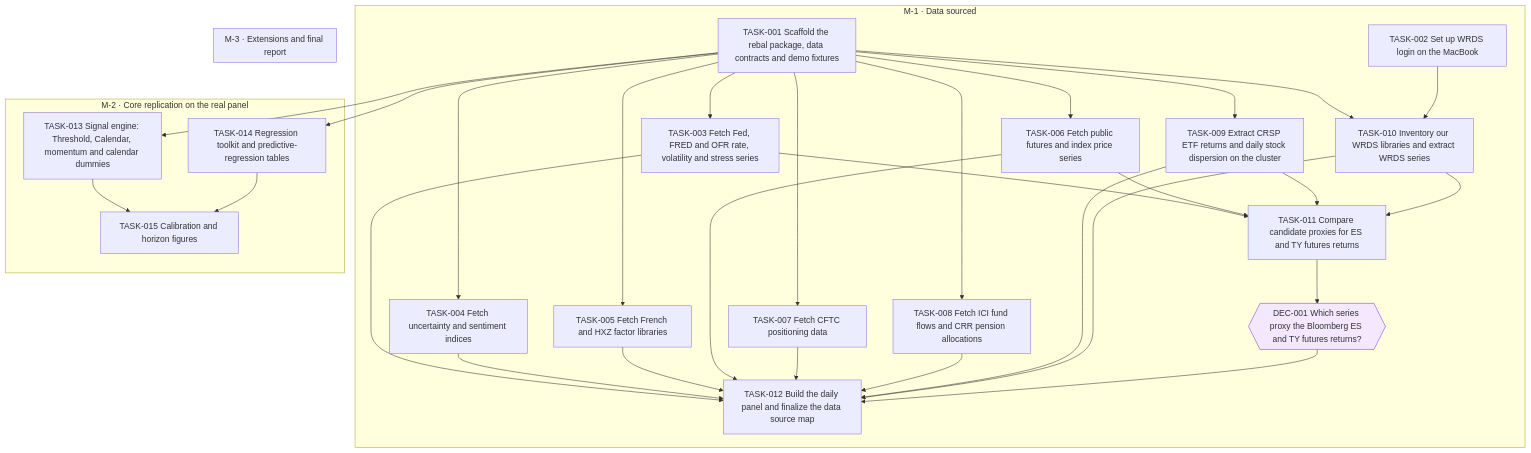
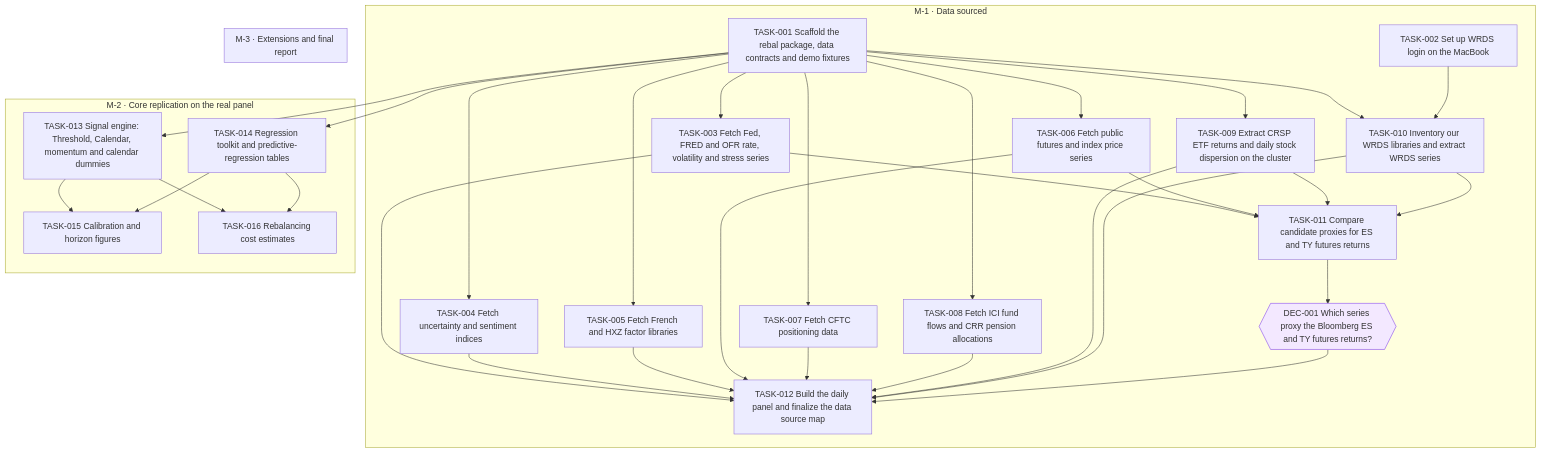
The diagram in goals/hmm-rebalancing/README.md (jesusvillota/replicate), drawn with Mermaid before and after one commit. The commit also changed 1 other file, not shown here.

Commit message:
goal(hmm-rebalancing): add TASK-016 Rebalancing cost estimates

````diff
--- a/goals/hmm-rebalancing/README.md
+++ b/goals/hmm-rebalancing/README.md
@@ -126,56 +126,59 @@
 ```mermaid
 flowchart TD
   subgraph M_1["M-1 · Data sourced"]
     DEC_001{{"DEC-001 Which series proxy the Bloomberg ES and TY futures returns?"}}
     TASK_001["TASK-001 Scaffold the rebal package, data contracts and demo fixtures"]
     TASK_002["TASK-002 Set up WRDS login on the MacBook"]
     TASK_003["TASK-003 Fetch Fed, FRED and OFR rate, volatility and stress series"]
     TASK_004["TASK-004 Fetch uncertainty and sentiment indices"]
     TASK_005["TASK-005 Fetch French and HXZ factor libraries"]
     TASK_006["TASK-006 Fetch public futures and index price series"]
     TASK_007["TASK-007 Fetch CFTC positioning data"]
     TASK_008["TASK-008 Fetch ICI fund flows and CRR pension allocations"]
     TASK_009["TASK-009 Extract CRSP ETF returns and daily stock dispersion on the cluster"]
     TASK_010["TASK-010 Inventory our WRDS libraries and extract WRDS series"]
     TASK_011["TASK-011 Compare candidate proxies for ES and TY futures returns"]
     TASK_012["TASK-012 Build the daily panel and finalize the data source map"]
   end
   subgraph M_2["M-2 · Core replication on the real panel"]
     TASK_013["TASK-013 Signal engine: Threshold, Calendar, momentum and calendar dummies"]
     TASK_014["TASK-014 Regression toolkit and predictive-regression tables"]
     TASK_015["TASK-015 Calibration and horizon figures"]
+    TASK_016["TASK-016 Rebalancing cost estimates"]
   end
   subgraph M_3["M-3 · Extensions and final report"]
   end
   TASK_011 --> DEC_001
   TASK_001 --> TASK_003
   TASK_001 --> TASK_004
   TASK_001 --> TASK_005
   TASK_001 --> TASK_006
   TASK_001 --> TASK_007
   TASK_001 --> TASK_008
   TASK_001 --> TASK_009
   TASK_001 --> TASK_010
   TASK_002 --> TASK_010
   TASK_003 --> TASK_011
   TASK_006 --> TASK_011
   TASK_009 --> TASK_011
   TASK_010 --> TASK_011
   TASK_003 --> TASK_012
   TASK_004 --> TASK_012
   TASK_005 --> TASK_012
   TASK_006 --> TASK_012
   TASK_007 --> TASK_012
   TASK_008 --> TASK_012
   TASK_009 --> TASK_012
   TASK_010 --> TASK_012
   DEC_001 --> TASK_012
   TASK_001 --> TASK_013
   TASK_001 --> TASK_014
   TASK_013 --> TASK_015
   TASK_014 --> TASK_015
+  TASK_013 --> TASK_016
+  TASK_014 --> TASK_016
   classDef draft stroke-dasharray: 4 3
   classDef cancelled opacity:0.45
   classDef decision fill:#f3e8ff,stroke:#7c3aed
   class DEC_001 decision
 ```
````
